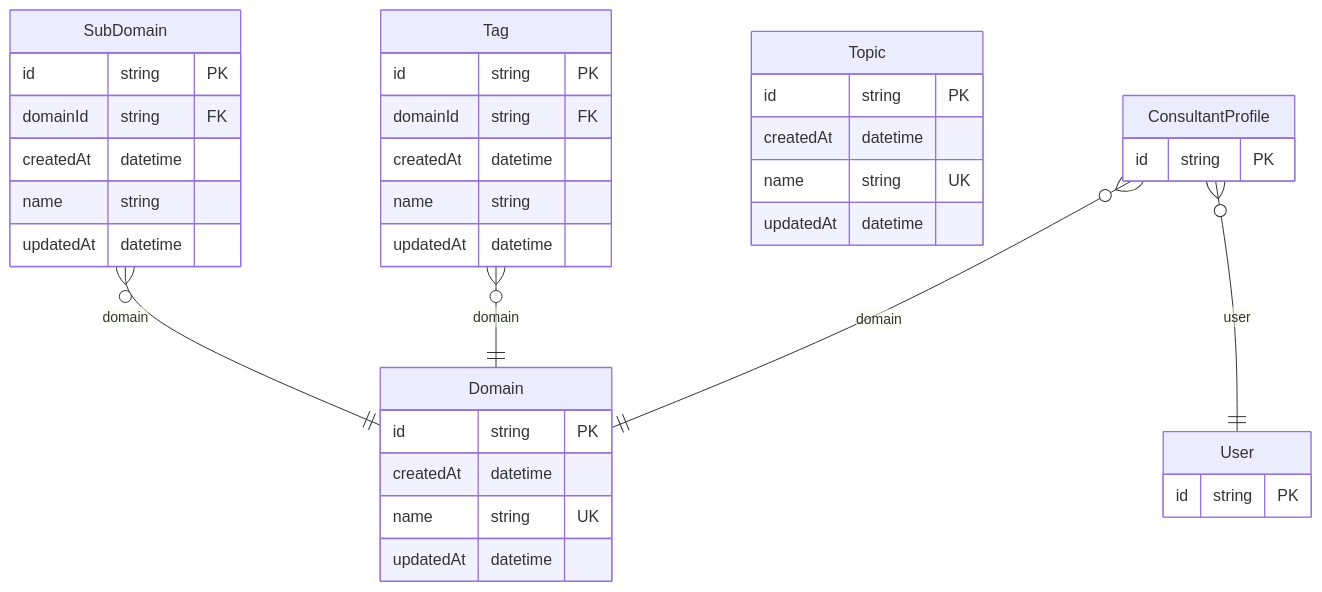
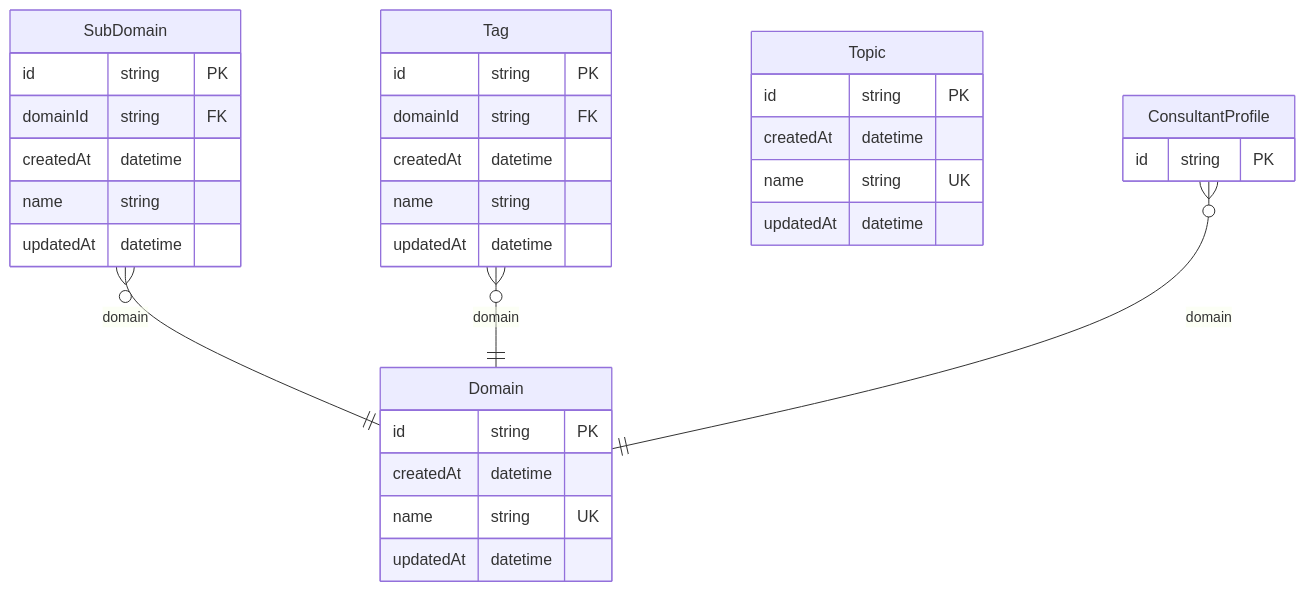
Before and after one commit to Practitionist/familiarise_web: the fourth of 4 diagrams in docs/prisma/domains/01-identity-and-profiles.md, drawn with Mermaid. The commit also changed other lines of this file and 14 other files, not shown here.

````diff
--- a/docs/prisma/domains/01-identity-and-profiles.md
+++ b/docs/prisma/domains/01-identity-and-profiles.md
@@ -304,39 +253,35 @@
 ```mermaid
 erDiagram
     Domain {
         id string PK
         createdAt datetime
         name string UK
         updatedAt datetime
     }
     SubDomain {
         id string PK
         domainId string FK
         createdAt datetime
         name string
         updatedAt datetime
     }
     Tag {
         id string PK
         domainId string FK
         createdAt datetime
         name string
         updatedAt datetime
     }
     Topic {
         id string PK
         createdAt datetime
         name string UK
         updatedAt datetime
     }
     ConsultantProfile {
         id string PK
     }
-    User {
-        id string PK
-    }
     SubDomain }o--|| Domain : "domain"
     Tag }o--|| Domain : "domain"
     ConsultantProfile }o--|| Domain : "domain"
-    ConsultantProfile }o--|| User : "user"
 ```
````
